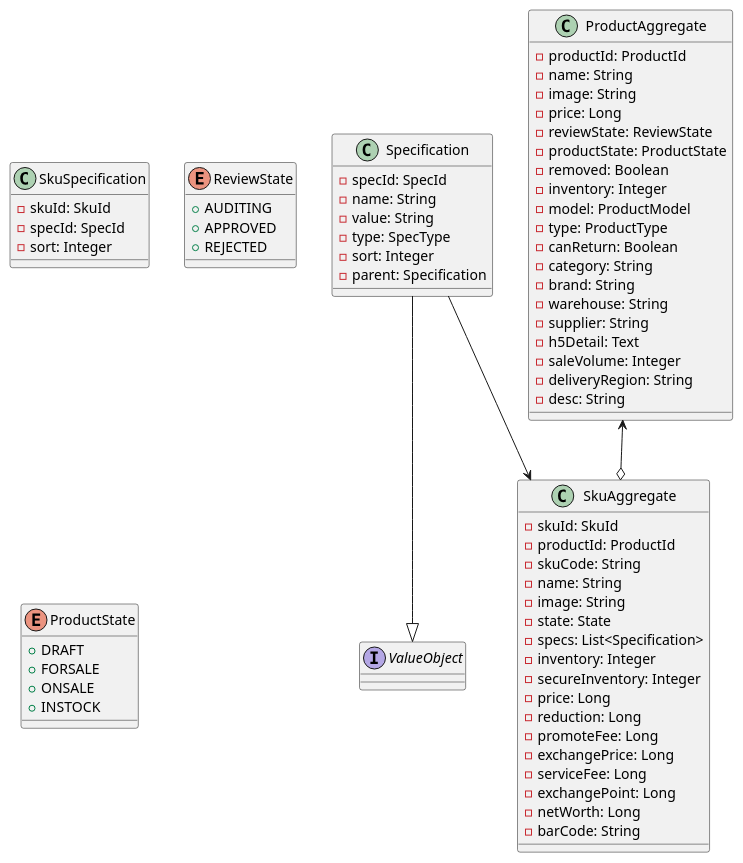
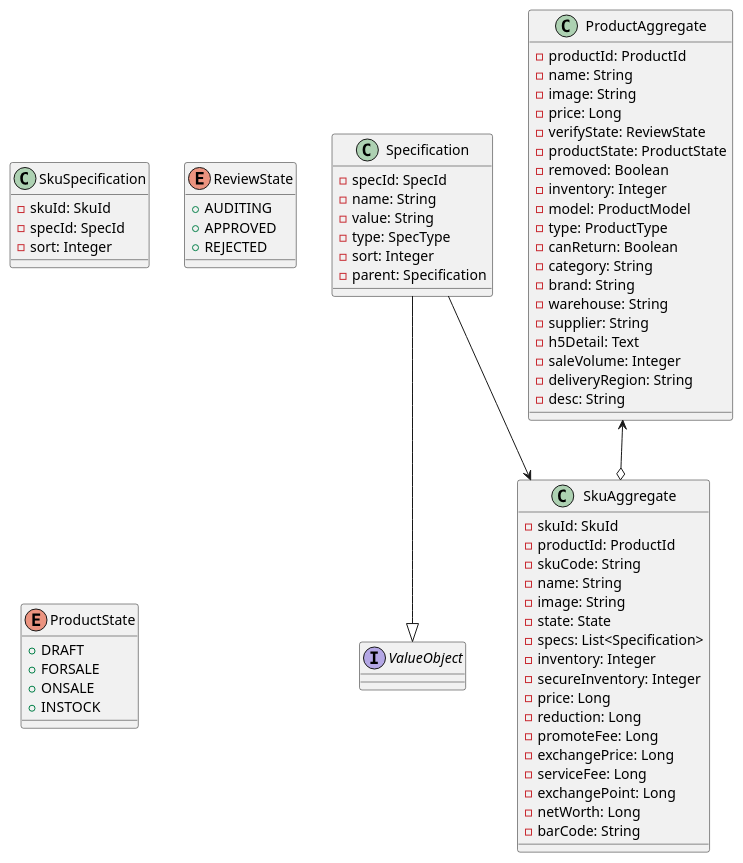
Before and after one commit to xgyb12458/dm-platform: the diagram in documents/dm-bank/bank_cls_core.puml, drawn with PlantUML. The commit also changed 17 other files, not shown here.

```diff
--- a/documents/dm-bank/bank_cls_core.puml
+++ b/documents/dm-bank/bank_cls_core.puml
@@ -1,81 +1,81 @@
 @startuml
 
 interface ValueObject {
 }
 class ProductAggregate {
     - productId: ProductId
     - name: String
     - image: String
     - price: Long
-    - reviewState: ReviewState
+    - verifyState: ReviewState
     - productState: ProductState
     - removed: Boolean
     - inventory: Integer
     - model: ProductModel
     - type: ProductType
     - canReturn: Boolean
     - category: String
     - brand: String
     - warehouse: String
     - supplier: String
     - h5Detail: Text
     - saleVolume: Integer
     - deliveryRegion: String
     - desc: String
 '    - length: Long
 '    - width: Long
 '    - height: Long
 '    - weight: Long
 '    - boxNum: Integer
 }
 class SkuAggregate {
     - skuId: SkuId
     - productId: ProductId
     - skuCode: String
     - name: String
     - image: String
     - state: State
     - specs: List<Specification>
     - inventory: Integer
     - secureInventory: Integer
     - price: Long
     - reduction: Long
     - promoteFee: Long
     - exchangePrice: Long
     - serviceFee: Long
     - exchangePoint: Long
     - netWorth: Long
     - barCode: String
 }
 class Specification {
     - specId: SpecId
     - name: String
     - value: String
     - type: SpecType
     - sort: Integer
     - parent: Specification
 }
 
 ' TABLE
 class SkuSpecification {
     - skuId: SkuId
     - specId: SpecId
     - sort: Integer
 }
 
 enum ReviewState {
     + AUDITING
     + APPROVED
     + REJECTED
 }
 enum ProductState {
     + DRAFT
     + FORSALE
     + ONSALE
     + INSTOCK
 }
 ProductAggregate <--o SkuAggregate
 Specification --> SkuAggregate
 Specification --|> ValueObject
 
 @enduml
```
